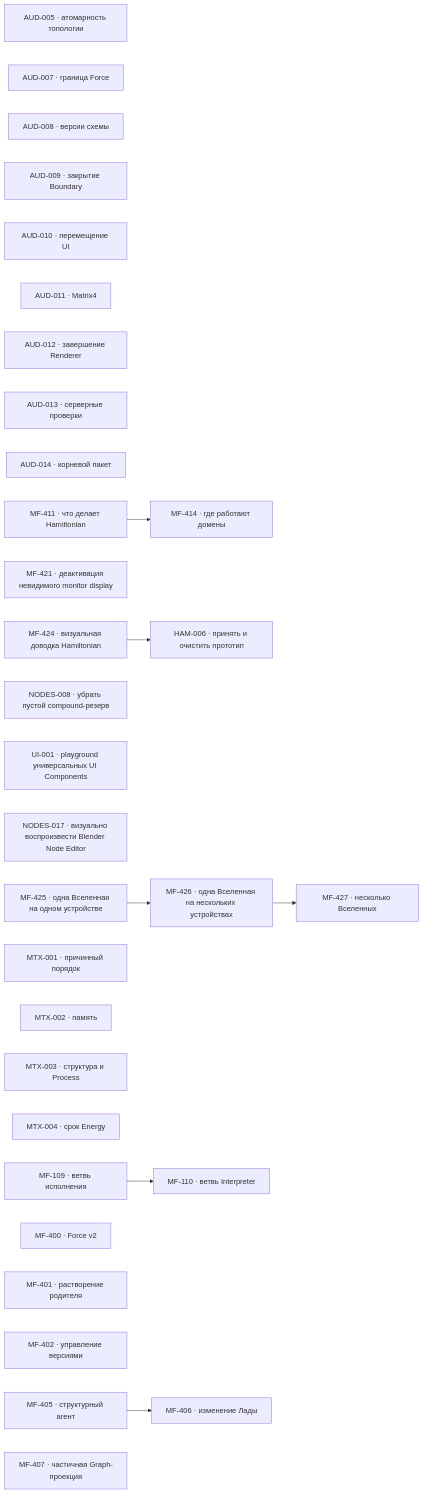
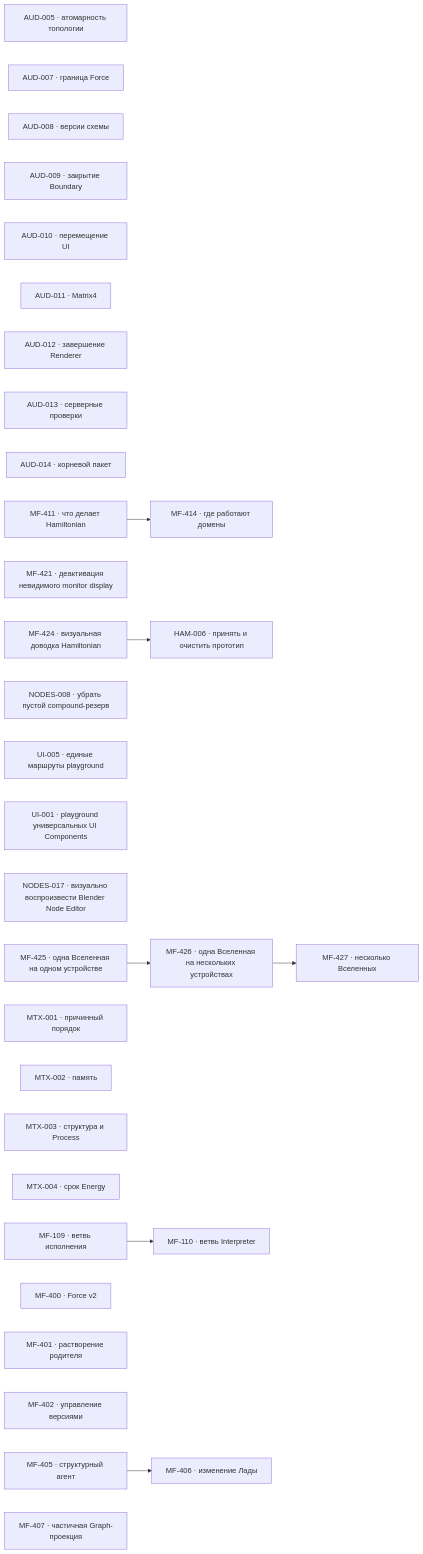
The diagram in project/TODO.md (zavx0z/metafor), drawn with Mermaid before and after one commit. The commit also changed other lines of this file and 1 other file, not shown here.

Commit message:
project(UI-005): start declarative playground routing

````diff
--- a/project/TODO.md
+++ b/project/TODO.md
@@ -13,41 +13,42 @@
 ```mermaid
 flowchart LR
     AUD005["AUD-005 · атомарность топологии"]
     AUD007["AUD-007 · граница Force"]
     AUD008["AUD-008 · версии схемы"]
     AUD009["AUD-009 · закрытие Boundary"]
     AUD010["AUD-010 · перемещение UI"]
     AUD011["AUD-011 · Matrix4"]
     AUD012["AUD-012 · завершение Renderer"]
     AUD013["AUD-013 · серверные проверки"]
     AUD014["AUD-014 · корневой пакет"]
     MF411["MF-411 · что делает Hamiltonian"]
     MF414["MF-414 · где работают домены"]
     MF421["MF-421 · деактивация невидимого monitor display"]
     MF424["MF-424 · визуальная доводка Hamiltonian"]
     HAM006["HAM-006 · принять и очистить прототип"]
     NODES008["NODES-008 · убрать пустой compound-резерв"]
+    UI005["UI-005 · единые маршруты playground"]
     UI001["UI-001 · playground универсальных UI Components"]
     NODES017["NODES-017 · визуально воспроизвести Blender Node Editor"]
     MF425["MF-425 · одна Вселенная на одном устройстве"]
     MF426["MF-426 · одна Вселенная на нескольких устройствах"]
     MF427["MF-427 · несколько Вселенных"]
     MTX001["MTX-001 · причинный порядок"]
     MTX002["MTX-002 · память"]
     MTX003["MTX-003 · структура и Process"]
     MTX004["MTX-004 · срок Energy"]
     MF109["MF-109 · ветвь исполнения"]
     MF110["MF-110 · ветвь Interpreter"]
     MF400["MF-400 · Force v2"]
     MF401["MF-401 · растворение родителя"]
     MF402["MF-402 · управление версиями"]
     MF405["MF-405 · структурный агент"]
     MF406["MF-406 · изменение Лады"]
     MF407["MF-407 · частичная Graph-проекция"]
     MF109 --> MF110
     MF405 --> MF406
     MF411 --> MF414
     MF424 --> HAM006
     MF425 --> MF426
     MF426 --> MF427
 ```
````
